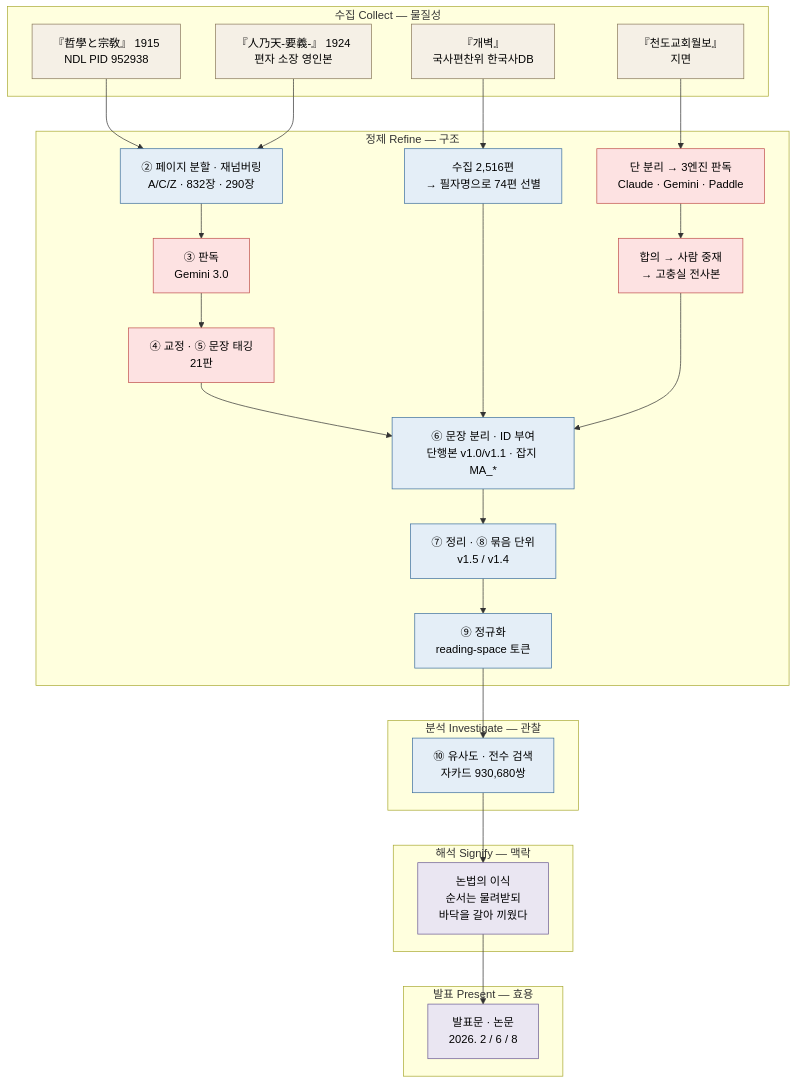
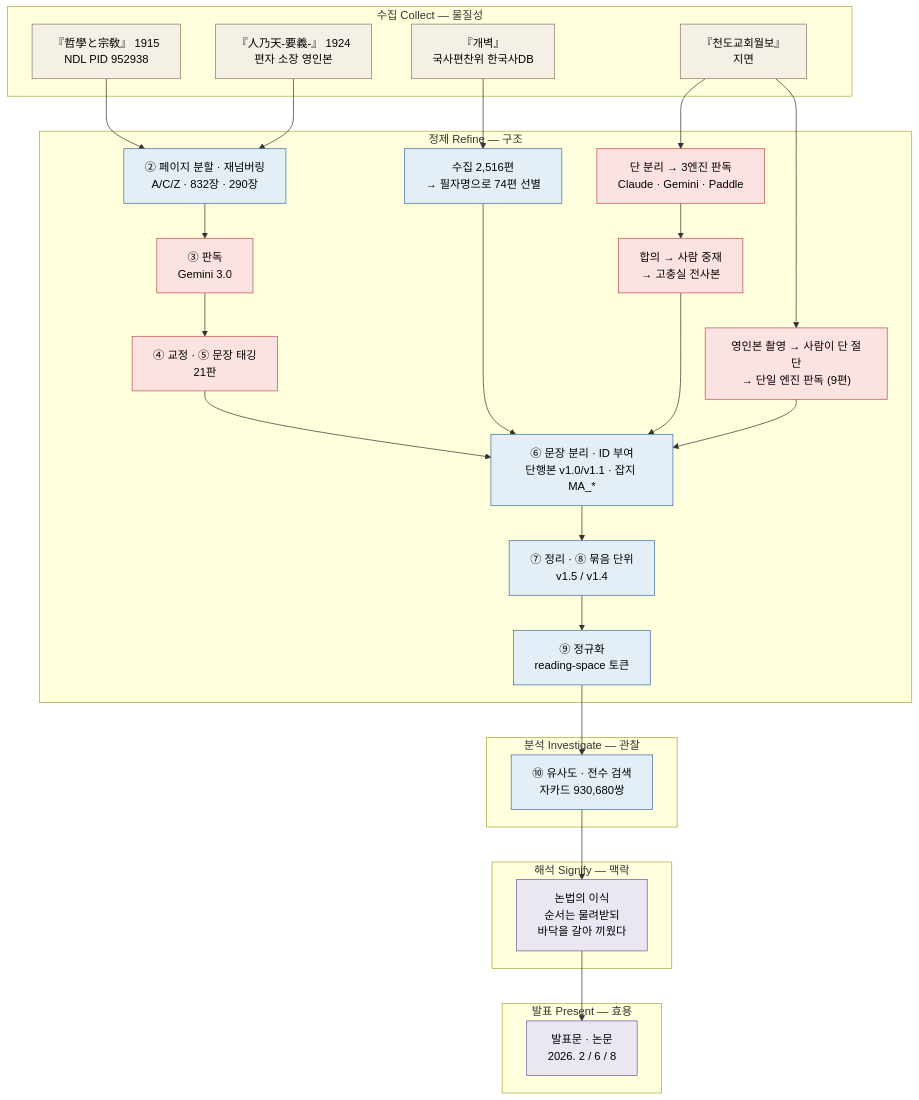
The diagram in README.md (hursoo/phenomenal-realism-kr), drawn with Mermaid before and after one commit. The commit also changed other lines of this file and 8 other files, not shown here.

````diff
--- a/README.md
+++ b/README.md
@@ -162,59 +166,62 @@
 ```mermaid
 flowchart TD
     subgraph CO["수집 Collect — 물질성"]
         A1["『哲學と宗敎』 1915<br/>NDL PID 952938"]
         A2["『人乃天-要義-』 1924<br/>편자 소장 영인본"]
         A3["『개벽』<br/>국사편찬위 한국사DB"]
         A4["『천도교회월보』<br/>지면"]
     end
 
     subgraph RE["정제 Refine — 구조"]
         B["② 페이지 분할 · 재넘버링<br/>A/C/Z · 832장 · 290장"]
         C["③ 판독<br/>Gemini 3.0"]
         D["④ 교정 · ⑤ 문장 태깅<br/>21판"]
         M1["수집 2,516편<br/>→ 필자명으로 74편 선별"]
         M2["단 분리 → 3엔진 판독<br/>Claude · Gemini · Paddle"]
         M3["합의 → 사람 중재<br/>→ 고충실 전사본"]
+        M4["영인본 촬영 → 사람이 단 절단<br/>→ 단일 엔진 판독 (9편)"]
         E["⑥ 문장 분리 · ID 부여<br/>단행본 v1.0/v1.1 · 잡지 MA_*"]
         F["⑦ 정리 · ⑧ 묶음 단위<br/>v1.5 / v1.4"]
         H["⑨ 정규화<br/>reading-space 토큰"]
     end
 
     subgraph IN["분석 Investigate — 관찰"]
         J["⑩ 유사도 · 전수 검색<br/>자카드 930,680쌍"]
     end
 
     subgraph SI["해석 Signify — 맥락"]
         K["논법의 이식<br/>순서는 물려받되<br/>바닥을 갈아 끼웠다"]
     end
 
     subgraph PR["발표 Present — 효용"]
         L["발표문 · 논문<br/>2026. 2 / 6 / 8"]
     end
 
     A1 --> B
     A2 --> B
     B --> C
     C --> D
     D --> E
     A3 --> M1
     M1 --> E
     A4 --> M2
+    A4 --> M4
     M2 --> M3
     M3 --> E
+    M4 --> E
     E --> F
     F --> H
     H --> J
     J --> K
     K --> L
 
     classDef src fill:#f5f0e6,stroke:#8a7a5c,color:#000
     classDef ai fill:#fde2e2,stroke:#c0504d,color:#000
     classDef rule fill:#e4eef7,stroke:#3d6f9e,color:#000
     classDef interp fill:#eae6f2,stroke:#6b5b95,color:#000
 
     class A1,A2,A3,A4 src
-    class C,D,M2,M3 ai
+    class C,D,M2,M3,M4 ai
     class B,M1,E,F,H,J rule
     class K,L interp
 ```
````
